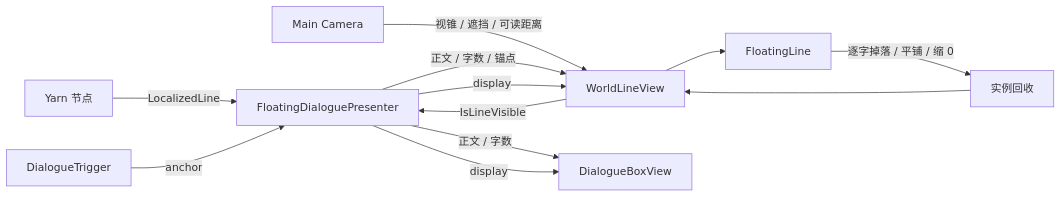
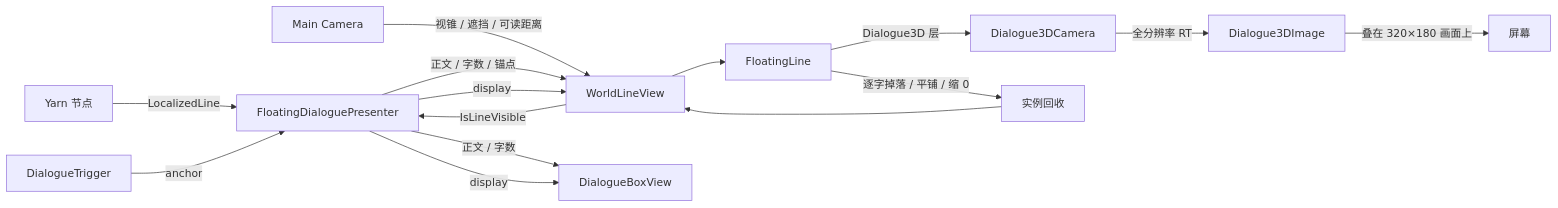
The second of 3 diagrams in docs/superpowers/specs/2026-11-14-floating-3d-dialogue-design.md (Yumihoshi/MakeYourChoice), drawn with Mermaid before and after one commit. The commit also changed other lines of this file and 8 other files, not shown here.

````diff
--- a/docs/superpowers/specs/2026-11-14-floating-3d-dialogue-design.md
+++ b/docs/superpowers/specs/2026-11-14-floating-3d-dialogue-design.md
@@ -400,14 +433,17 @@
 ```mermaid
 flowchart LR
     YARN[Yarn 节点] -->|LocalizedLine| PRES[FloatingDialoguePresenter]
     TRIG[DialogueTrigger] -->|anchor| PRES
     CAM[Main Camera] -->|视锥 / 遮挡 / 可读距离| WL[WorldLineView]
     WL -->|IsLineVisible| PRES
     PRES -->|正文 / 字数| BOX[DialogueBoxView]
     PRES -->|display| BOX
     PRES -->|正文 / 字数 / 锚点| WL
     PRES -->|display| WL
     WL --> LINE[FloatingLine]
+    LINE -->|Dialogue3D 层| CAM3D[Dialogue3DCamera]
+    CAM3D -->|全分辨率 RT| IMG3D[Dialogue3DImage]
+    IMG3D -->|叠在 320×180 画面上| SCREEN[屏幕]
     LINE -->|逐字掉落 / 平铺 / 缩 0| POOL[实例回收]
     POOL --> WL
 ```
````
